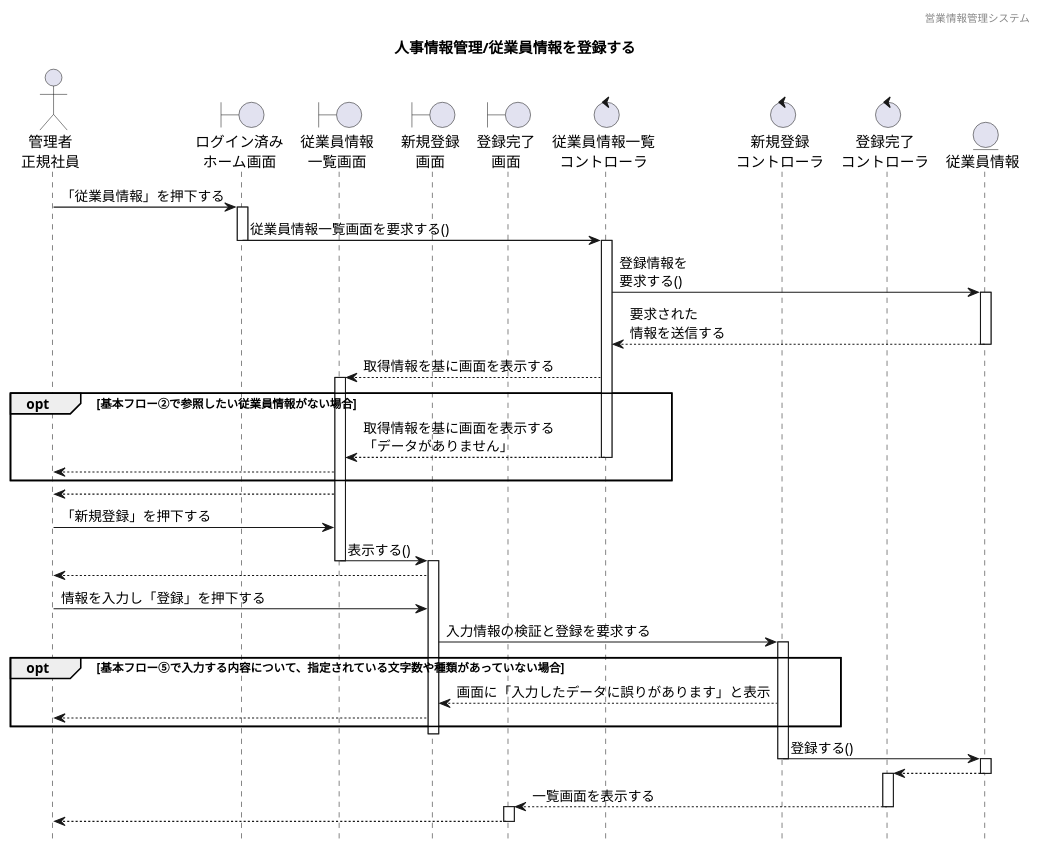
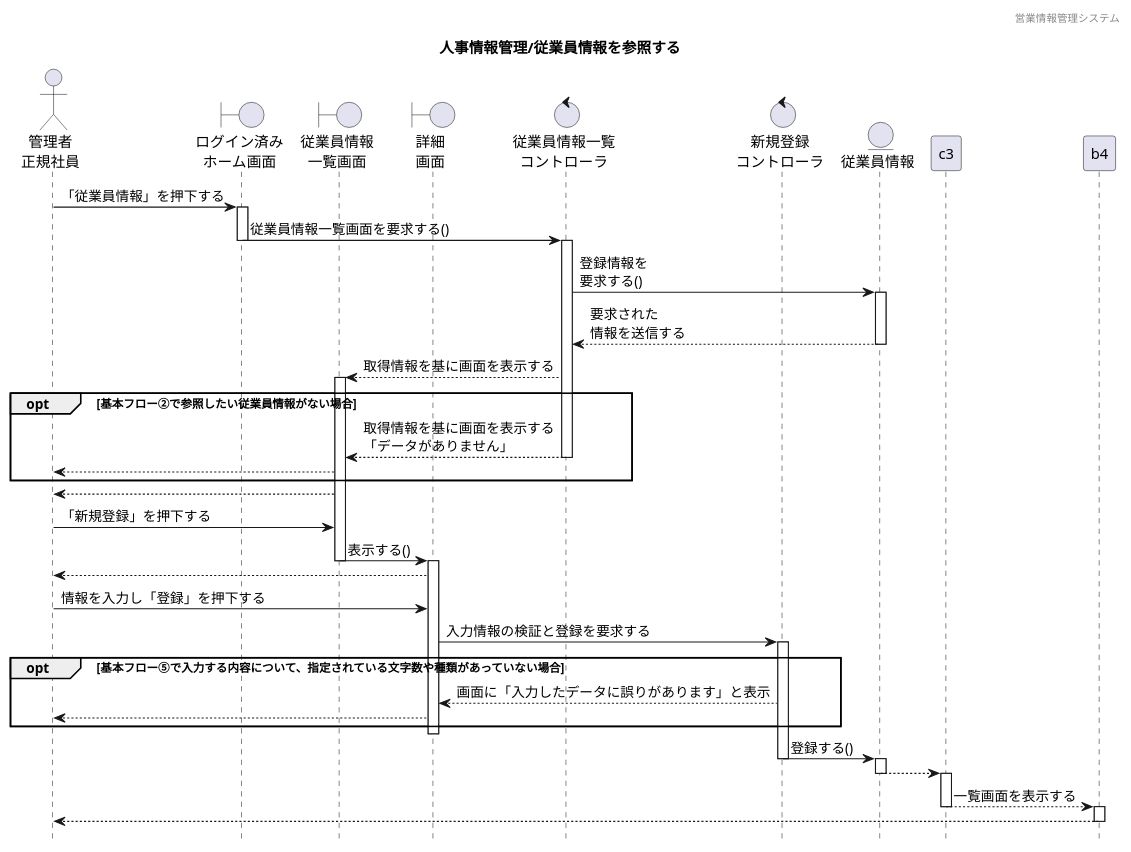
One commit to HaruShim/Sotuken changed the diagram in 各種設計書/4シーケンス図/マスタ管理/1.従業員情報マスタ/未_従業員情報管理_参照.plantuml. Above: the diagram before and after it, drawn with PlantUML. The commit also changed 1 other file, not shown here.

```diff
--- a/各種設計書/4シーケンス図/マスタ管理/1.従業員情報マスタ/未_従業員情報管理_参照.plantuml
+++ b/各種設計書/4シーケンス図/マスタ管理/1.従業員情報マスタ/未_従業員情報管理_参照.plantuml
@@ -1,77 +1,81 @@
 @startuml シーケンス図
 
 ' 下アイコン除去
 hide footbox
 ' ヘッダー
 header 営業情報管理システム
 ' タイトル
-title 人事情報管理/従業員情報を登録する
+title 人事情報管理/従業員情報を参照する
 
 
-' アイコン
+' actor "" as 
 actor "管理者\n正規社員" as a1
+
+' boundary "" as 
 boundary "ログイン済み\nホーム画面" as b1
 boundary "従業員情報\n一覧画面" as b2
-boundary "新規登録\n画面" as b3
-boundary "登録完了\n画面" as b4
+boundary "詳細\n画面" as b3
+
+' control "" as 
 control "従業員情報一覧\nコントローラ" as c1
 control "新規登録\nコントローラ" as c2
-control "登録完了\nコントローラ" as c3
+
+' entity "" as
 entity "従業員情報" as e1
 
 
 ' ログイン済みホーム画面から一覧表示までのシーケンス
 a1 -> b1 : 「従業員情報」を押下する
 activate b1
 b1 -> c1 : 従業員情報一覧画面を要求する()
 deactivate b1
 activate c1
 c1 -> e1 : 登録情報を\n要求する()
 activate e1
 c1 <-- e1 : 要求された\n情報を送信する
 deactivate e1
 b2 <-- c1 : 取得情報を基に画面を表示する
 activate b2
 
 ' 代替フロー
 opt 基本フロー②で参照したい従業員情報がない場合
 b2 <-- c1 : 取得情報を基に画面を表示する\n「データがありません」
 deactivate c1
 a1 <-- b2
 end
 
 activate b2
 a1 <-- b2
 a1 -> b2 : 「新規登録」を押下する
 b2 -> b3 : 表示する()
 deactivate b2
 activate b3
 a1 <-- b3
 a1 -> b3 : 情報を入力し「登録」を押下する
 b3 -> c2 : 入力情報の検証と登録を要求する
 activate c2
 
 ' 代替フロー
 opt 基本フロー⑤で入力する内容について、指定されている文字数や種類があっていない場合
 b3 <-- c2 : 画面に「入力したデータに誤りがあります」と表示
 deactivate c1
 a1 <-- b3
 end
 
 deactivate b3
 activate c2
 c2 -> e1 : 登録する()
 deactivate c2
 activate e1
 c3 <-- e1
 deactivate e1
 activate c3
 b4 <-- c3 : 一覧画面を表示する
 deactivate c3
 activate b4
 a1 <-- b4
 deactivate b4
 
 
 
 @enduml
```
